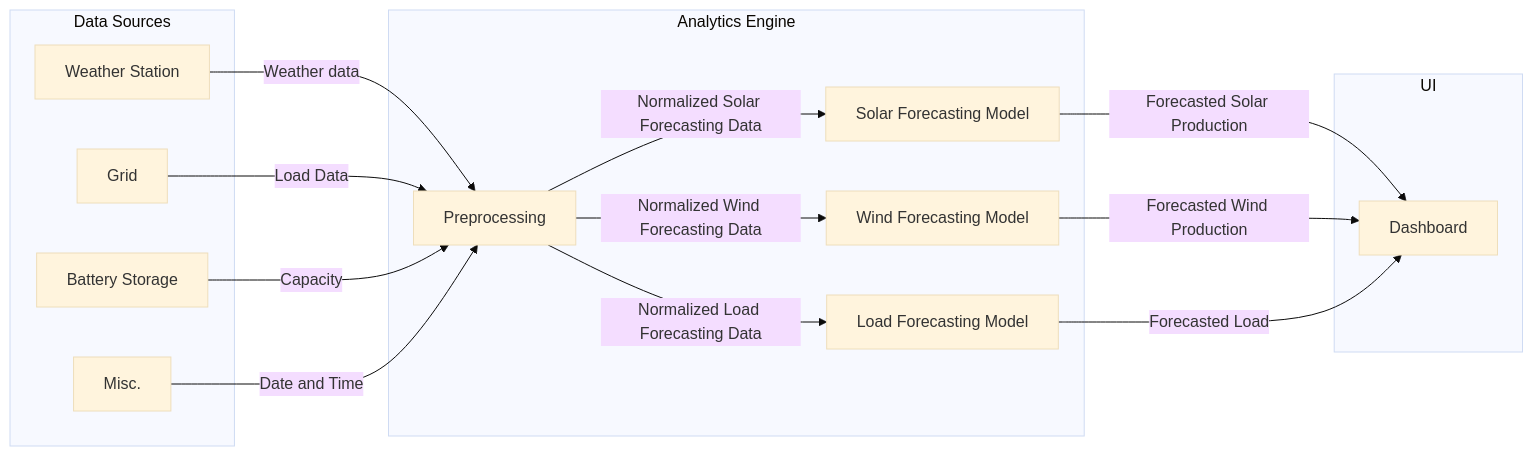
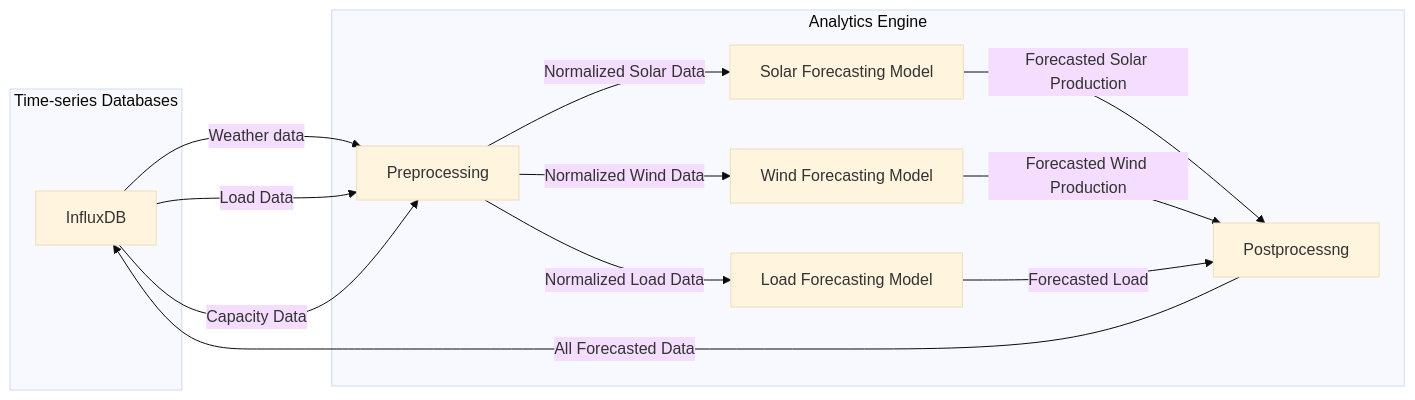
Before and after one commit to Capstone-AM07/Capstone-AM07: the second of 2 diagrams in README.md, drawn with Mermaid (base theme).

Commit message:
Update analytics engine diagram

````diff
--- a/README.md
+++ b/README.md
@@ -62,26 +62,25 @@
 ```mermaid
 flowchart LR
-    subgraph Data Sources
-        A[Weather Station]
-        C[Grid] 
-        D[Battery Storage]
-        E[Misc.]
-    end
-    
-    subgraph Analytics Engine
-        A-->|Weather data|B[Preprocessing]
-        C-->|Load Data|B
-        D-->|Capacity| B
-        E-->|Date and Time| B
-        B --> |Normalized Solar Forecasting Data| S[Solar Forecasting Model]
-        
-        B --> |Normalized Wind Forecasting Data| W[Wind Forecasting Model]
-        B --> |Normalized Load Forecasting Data| L[Load Forecasting Model]
+    subgraph Time-series Databases
+        InfluxDB
     end
 
-    subgraph UI    
-        S-->|Forecasted Solar Production| H[Dashboard]
-        W-->|Forecasted Wind Production| H
-        L -->|Forecasted Load| H
+    subgraph Analytics Engine
+        B[Preprocessing]
+        S[Solar Forecasting Model]
+        W[Wind Forecasting Model]
+        L[Load Forecasting Model]
+        C[Postprocessng]
     end
+
+    InfluxDB-->|Weather data| B
+    InfluxDB-->|Load Data|B
+    InfluxDB-->|Capacity Data| B
+    B --> |Normalized Solar Data| S
+    B --> |Normalized Wind Data| W
+    B --> |Normalized Load Data| L
+    S-->|Forecasted Solar Production| C
+    W-->|Forecasted Wind Production| C
+    L -->|Forecasted Load| C
+    C-->|All Forecasted Data|InfluxDB
 ```
````
